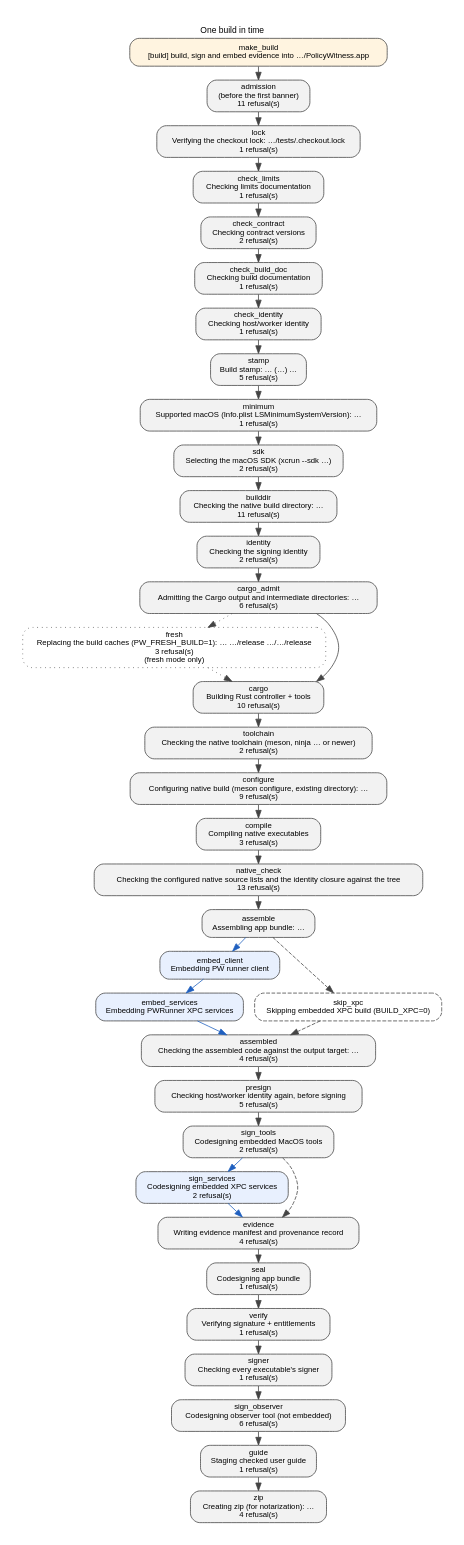
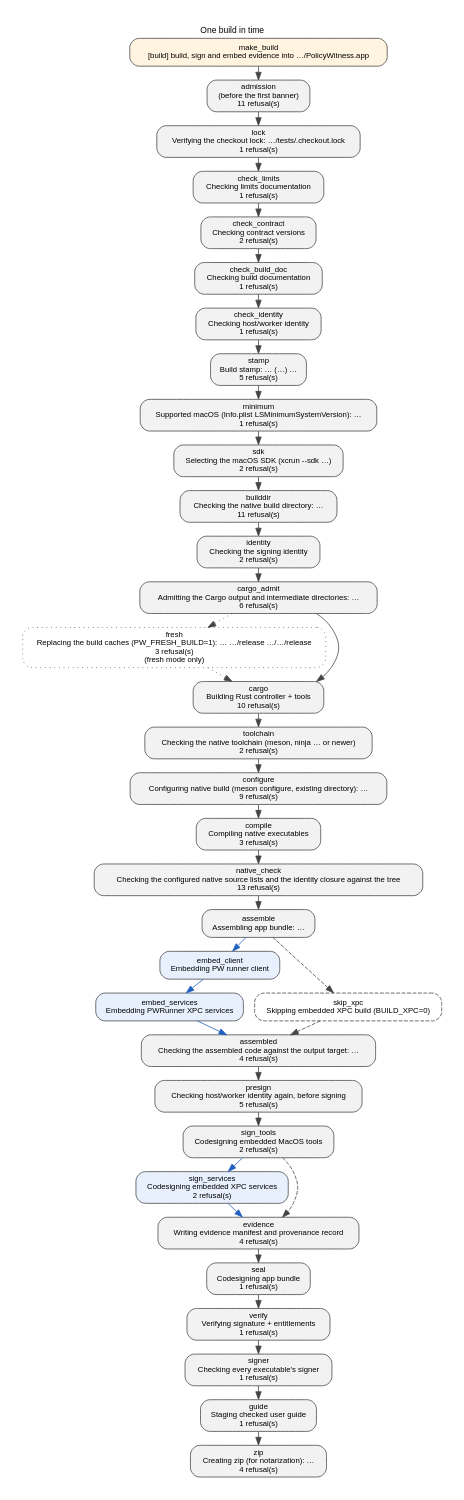
Before and after one commit to Protonk/PolicyWitness: the diagram in docs/build-steps.dot, drawn with Graphviz. The commit also changed 175 other files, not shown here.

First line of the commit message:
Retire the unified-log observer

```diff
--- a/docs/build-steps.dot
+++ b/docs/build-steps.dot
@@ -33,7 +33,6 @@
     seal [label="seal\nCodesigning app bundle\n1 refusal(s)", URL="BUILD.md#one-build-in-time", tooltip="seal: reads PolicyWitness.entitlements; writes the app seal over everything under Contents/"];
     verify [label="verify\nVerifying signature + entitlements\n1 refusal(s)", URL="BUILD.md#one-build-in-time", tooltip="verify: reads the sealed app; writes nothing"];
     signer [label="signer\nChecking every executable's signer\n1 refusal(s)", URL="BUILD.md#one-build-in-time", tooltip="signer: reads every regular file under the app's and each service's Contents/MacOS, and the app and service seals, as codesign displays them; writes nothing"];
-    sign_observer [label="sign_observer\nCodesigning observer tool (not embedded)\n6 refusal(s)", URL="BUILD.md#one-build-in-time", tooltip="sign_observer: reads controller/target/aarch64-apple-darwin/release/sandbox-log-observer, checked against the output target at this boundary before it is signed; writes that executable's signature, in place, and its observation into the build session"];
     guide [label="guide\nStaging checked user guide\n1 refusal(s)", URL="BUILD.md#one-build-in-time", tooltip="guide: reads docs/PolicyWitness.md and its inputs; writes PolicyWitness.md under DIST_DIR"];
     zip [label="zip\nCreating zip (for notarization): …\n4 refusal(s)", URL="BUILD.md#one-build-in-time", tooltip="zip: reads the sealed app, the variant's required executable paths and any additional code found by header checked against the output target again before the ZIP is written; only debug-only dSYM companions are excluded; writes PolicyWitness.zip under DIST_DIR"];
     make_build -> admission;
@@ -69,7 +68,6 @@
     evidence -> seal;
     seal -> verify;
     verify -> signer;
-    signer -> sign_observer;
-    sign_observer -> guide;
+    signer -> guide;
     guide -> zip;
 }
```
